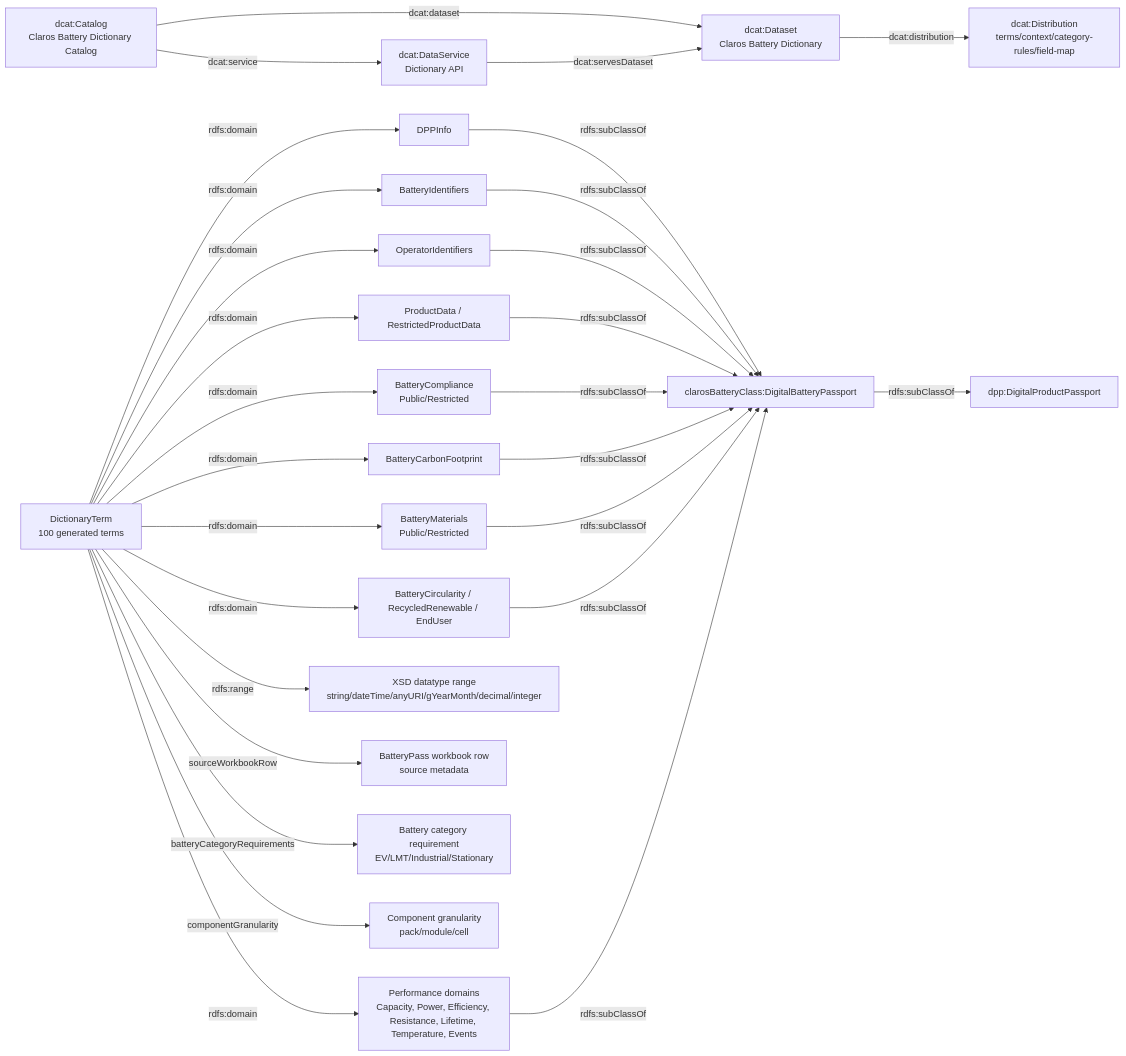
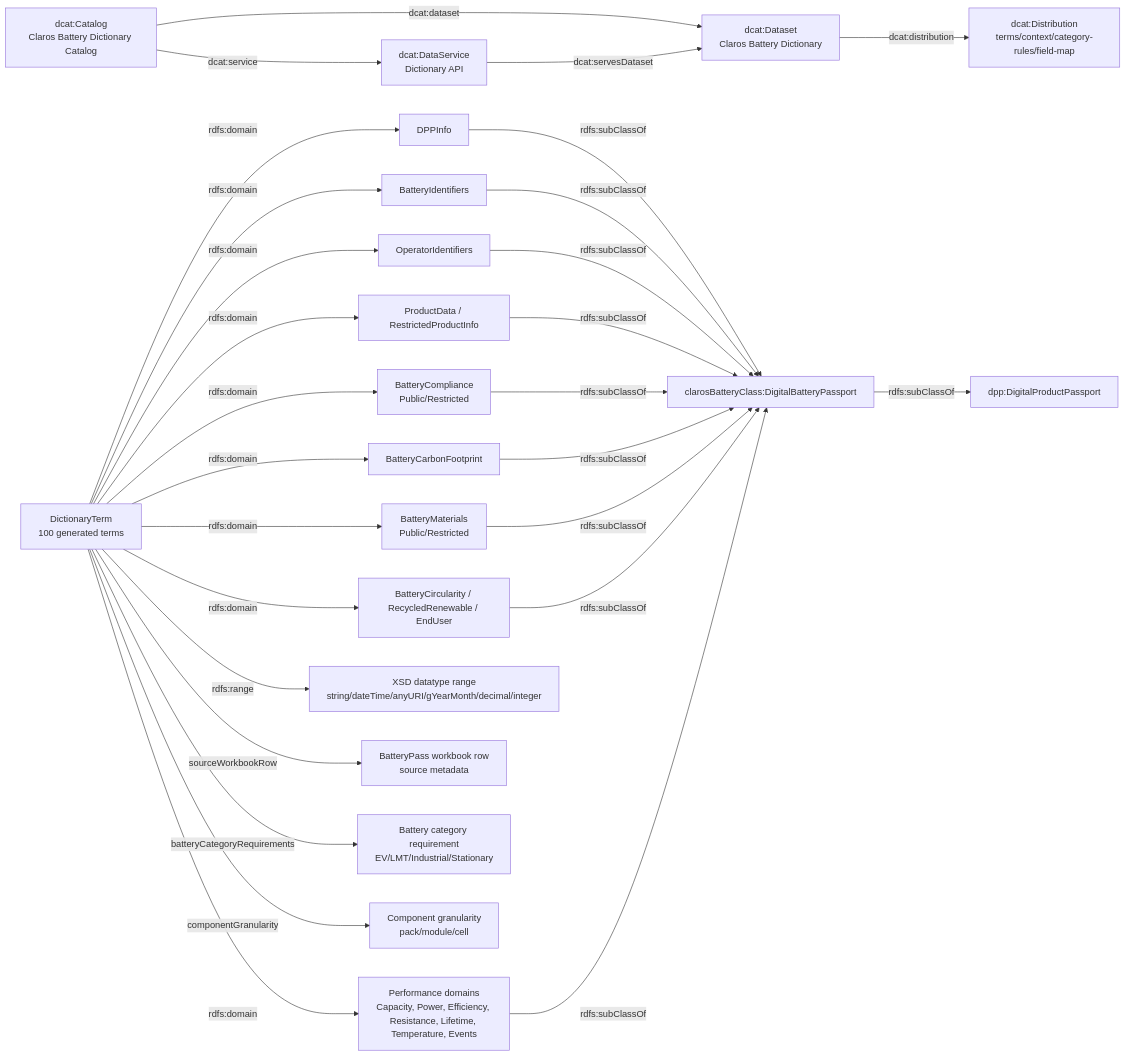
Before and after one commit to yashd810/Digital-Product-Passport: the diagram in docs/architecture/battery-dictionary-ontology-diagram.md, drawn with Mermaid. The commit also changed other lines of this file and 88 other files, not shown here.

````diff
--- a/docs/architecture/battery-dictionary-ontology-diagram.md
+++ b/docs/architecture/battery-dictionary-ontology-diagram.md
@@ -10,52 +10,52 @@
 ```mermaid
 flowchart LR
   Catalog["dcat:Catalog<br/>Claros Battery Dictionary Catalog"]
   Dataset["dcat:Dataset<br/>Claros Battery Dictionary"]
   Distribution["dcat:Distribution<br/>terms/context/category-rules/field-map"]
   Service["dcat:DataService<br/>Dictionary API"]
   DBP["clarosBatteryClass:DigitalBatteryPassport"]
   DPP["dpp:DigitalProductPassport"]
   DPPInfo["DPPInfo"]
   Identifiers["BatteryIdentifiers"]
   OperatorIds["OperatorIdentifiers"]
-  ProductData["ProductData / RestrictedProductData"]
+  ProductData["ProductData / RestrictedProductInfo"]
   Compliance["BatteryCompliance<br/>Public/Restricted"]
   Carbon["BatteryCarbonFootprint"]
   Materials["BatteryMaterials<br/>Public/Restricted"]
   Circularity["BatteryCircularity / RecycledRenewable / EndUser"]
   Performance["Performance domains<br/>Capacity, Power, Efficiency, Resistance, Lifetime, Temperature, Events"]
   Term["DictionaryTerm<br/>100 generated terms"]
   Range["XSD datatype range<br/>string/dateTime/anyURI/gYearMonth/decimal/integer"]
   Workbook["BatteryPass workbook row<br/>source metadata"]
   Requirement["Battery category requirement<br/>EV/LMT/Industrial/Stationary"]
   Granularity["Component granularity<br/>pack/module/cell"]
 
   Catalog -->|dcat:dataset| Dataset
   Catalog -->|dcat:service| Service
   Service -->|dcat:servesDataset| Dataset
   Dataset -->|dcat:distribution| Distribution
 
   DBP -->|rdfs:subClassOf| DPP
   DPPInfo -->|rdfs:subClassOf| DBP
   Identifiers -->|rdfs:subClassOf| DBP
   OperatorIds -->|rdfs:subClassOf| DBP
   ProductData -->|rdfs:subClassOf| DBP
   Compliance -->|rdfs:subClassOf| DBP
   Carbon -->|rdfs:subClassOf| DBP
   Materials -->|rdfs:subClassOf| DBP
   Circularity -->|rdfs:subClassOf| DBP
   Performance -->|rdfs:subClassOf| DBP
   Term -->|rdfs:domain| DPPInfo
   Term -->|rdfs:domain| Identifiers
   Term -->|rdfs:domain| OperatorIds
   Term -->|rdfs:domain| ProductData
   Term -->|rdfs:domain| Compliance
   Term -->|rdfs:domain| Carbon
   Term -->|rdfs:domain| Materials
   Term -->|rdfs:domain| Circularity
   Term -->|rdfs:domain| Performance
   Term -->|rdfs:range| Range
   Term -->|sourceWorkbookRow| Workbook
   Term -->|batteryCategoryRequirements| Requirement
   Term -->|componentGranularity| Granularity
 ```
````
